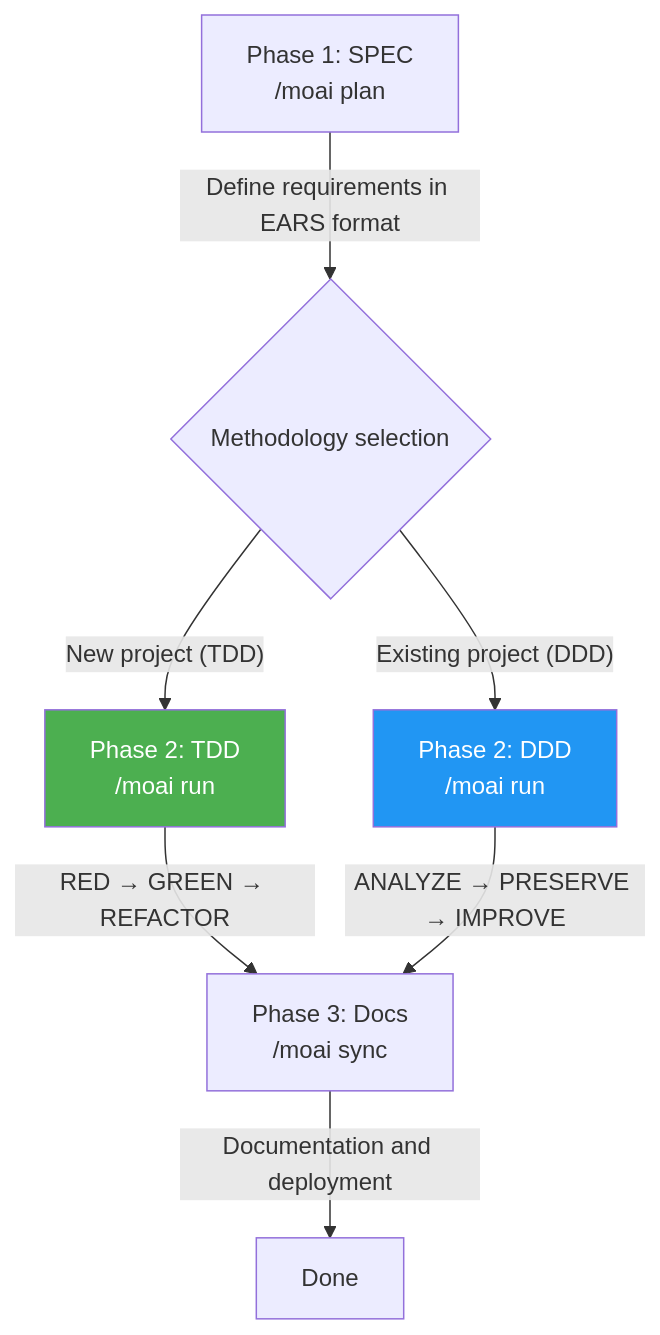
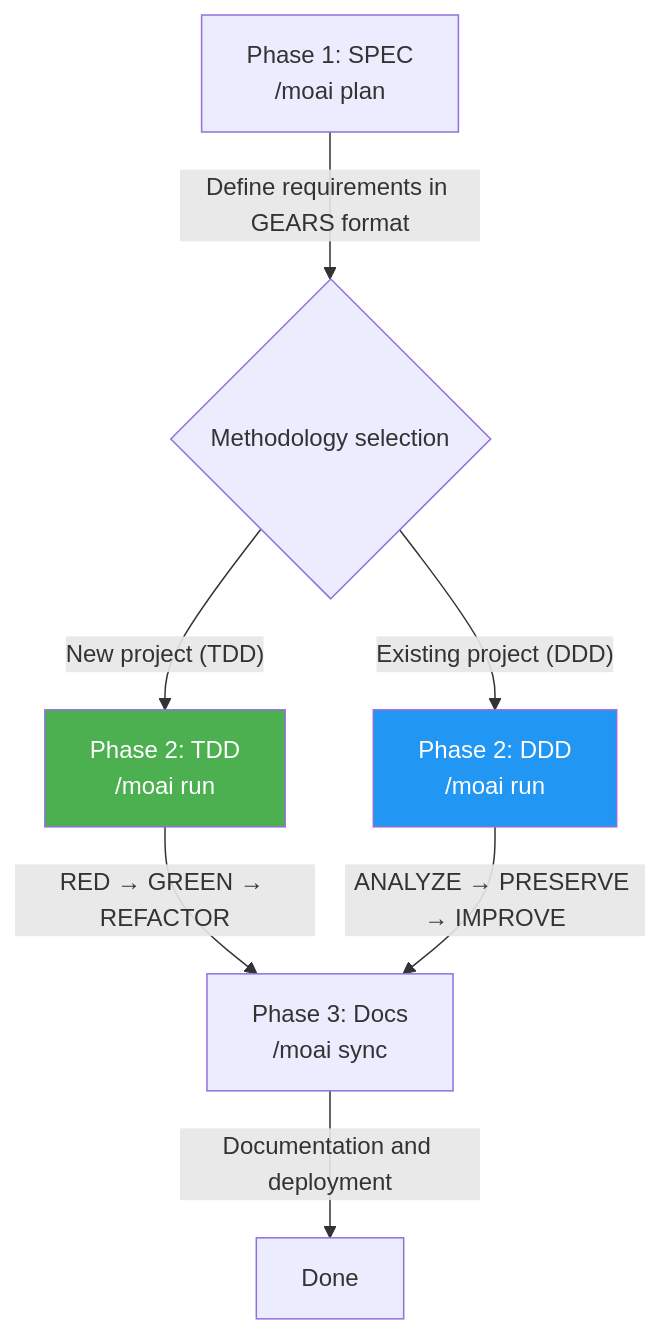
The second of 2 diagrams in docs-site/content/en/getting-started/introduction.md (modu-ai/moai-adk), drawn with Mermaid before and after one commit. The commit also changed other lines of this file and 15 other files, not shown here.

````diff
--- a/docs-site/content/en/getting-started/introduction.md
+++ b/docs-site/content/en/getting-started/introduction.md
@@ -213,12 +213,12 @@
 ```mermaid
 flowchart TD
-    A["Phase 1: SPEC<br/>/moai plan"] -->|"Define requirements in EARS format"| B{"Methodology selection"}
+    A["Phase 1: SPEC<br/>/moai plan"] -->|"Define requirements in GEARS format"| B{"Methodology selection"}
     B -->|"New project (TDD)"| C["Phase 2: TDD<br/>/moai run"]
     B -->|"Existing project (DDD)"| D["Phase 2: DDD<br/>/moai run"]
     C -->|"RED → GREEN → REFACTOR"| E["Phase 3: Docs<br/>/moai sync"]
     D -->|"ANALYZE → PRESERVE → IMPROVE"| E
     E -->|"Documentation and deployment"| F["Done"]
 
     style C fill:#4CAF50,color:#fff
     style D fill:#2196F3,color:#fff
 ```
````
